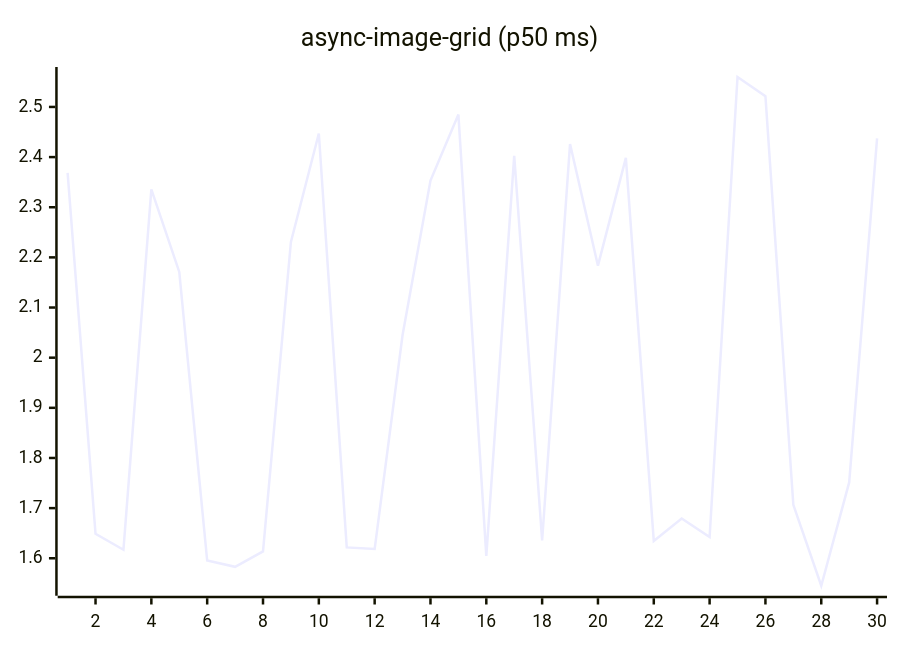
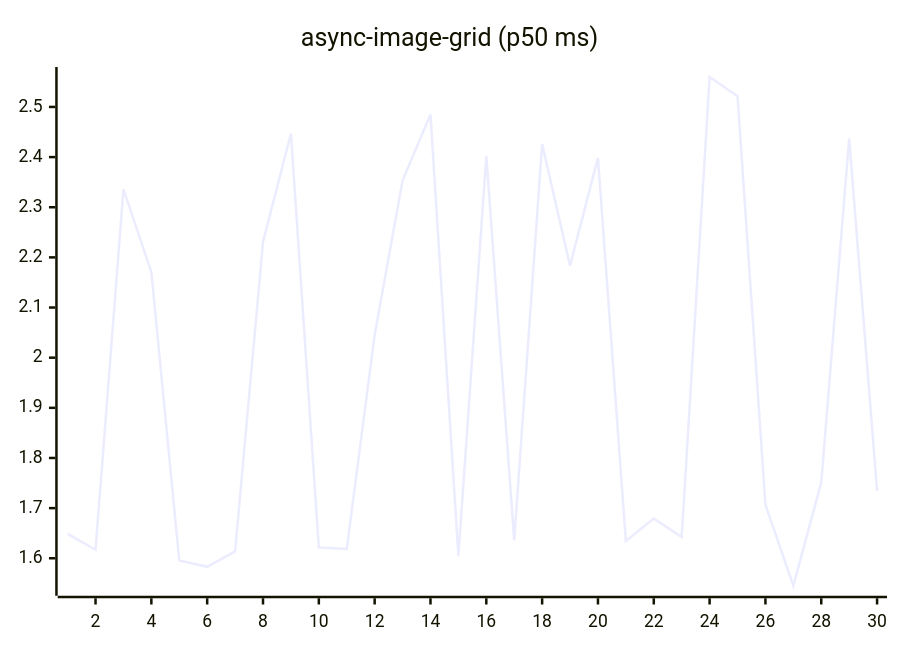
One commit to josha/Facet changed the fifth of 27 diagrams in README.md. Above: the diagram before and after it, drawn with Mermaid. The commit also changed other lines of this file and 2 other files, not shown here.

````diff
--- a/README.md
+++ b/README.md
@@ -91,6 +91,6 @@
 ```mermaid
 xychart-beta
     title "async-image-grid (p50 ms)"
     x-axis 1 --> 30
-    line [2.3685, 1.6487, 1.6169, 2.3355, 2.1710, 1.5954, 1.5829, 1.6137, 2.2308, 2.4470, 1.6216, 1.6184, 2.0452, 2.3531, 2.4847, 1.6045, 2.4025, 1.6357, 2.4260, 2.1835, 2.3985, 1.6346, 1.6792, 1.6424, 2.5597, 2.5214, 1.7066, 1.5452, 1.7512, 2.4372]
+    line [1.6487, 1.6169, 2.3355, 2.1710, 1.5954, 1.5829, 1.6137, 2.2308, 2.4470, 1.6216, 1.6184, 2.0452, 2.3531, 2.4847, 1.6045, 2.4025, 1.6357, 2.4260, 2.1835, 2.3985, 1.6346, 1.6792, 1.6424, 2.5597, 2.5214, 1.7066, 1.5452, 1.7512, 2.4372, 1.7341]
 ```
````
